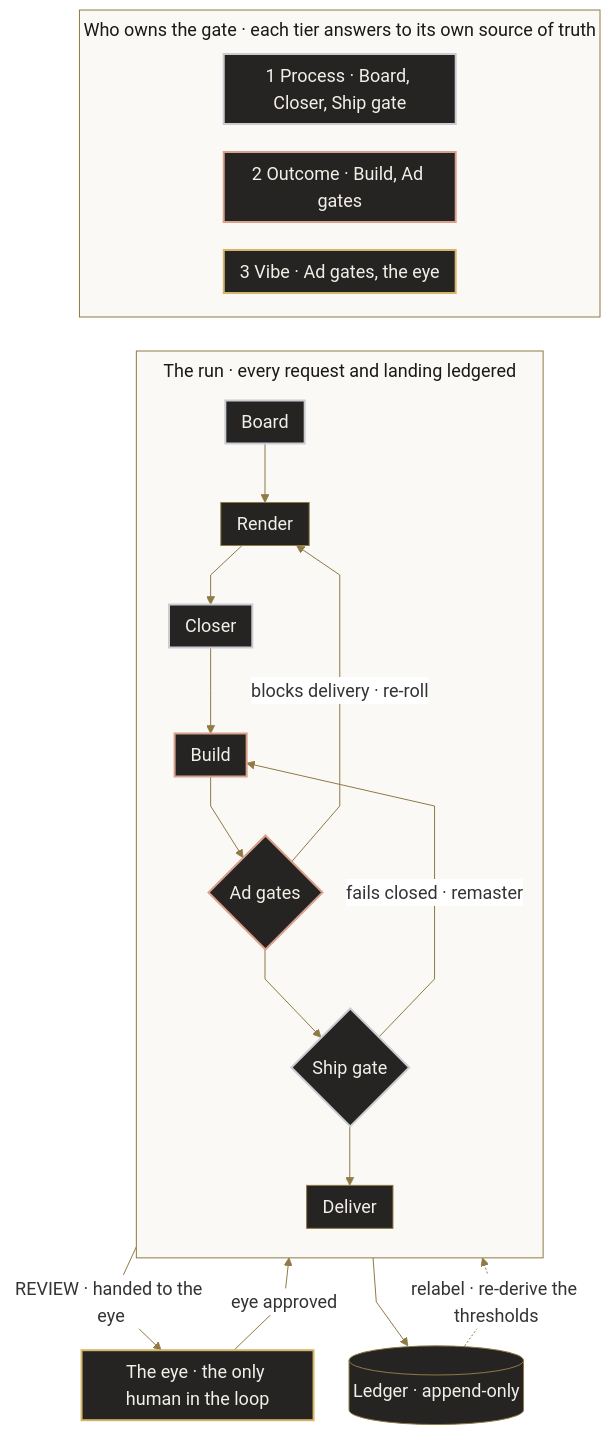
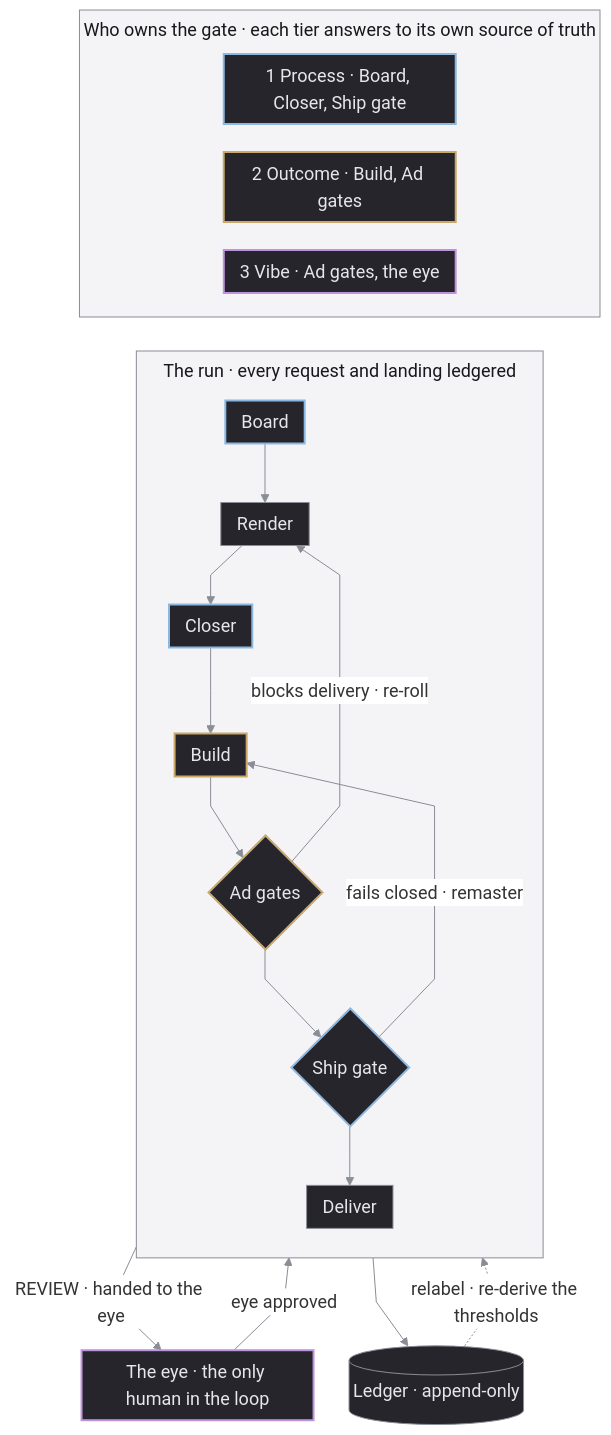
One commit to jameswniu/ad-creative-pipeline-multimodal-evals changed the diagram in README.md. Above: the diagram before and after it, drawn with Mermaid. The commit also changed other lines of this file and 3 other files, not shown here.

Commit message:
Take the figures, badges and graph to the Cosmopolitan proper, black glass and crystal with ice blue, brass and amethyst

````diff
--- a/README.md
+++ b/README.md
@@ -320,39 +320,39 @@
 ```mermaid
-%%{init: {'flowchart': {'curve': 'linear', 'nodeSpacing': 28, 'rankSpacing': 34, 'padding': 8, 'subGraphTitleMargin': {'top': 6, 'bottom': 14}}, 'themeVariables': {'fontSize': '18px', 'lineColor': '#8f7a45', 'edgeLabelBackground': '#ffffff', 'clusterBkg': '#faf9f6', 'clusterBorder': '#8f7a45', 'titleColor': '#1a1918'}}}%%
+%%{init: {'flowchart': {'curve': 'linear', 'nodeSpacing': 28, 'rankSpacing': 34, 'padding': 8, 'subGraphTitleMargin': {'top': 6, 'bottom': 14}}, 'themeVariables': {'fontSize': '18px', 'lineColor': '#8a8d96', 'edgeLabelBackground': '#ffffff', 'clusterBkg': '#f4f4f7', 'clusterBorder': '#8a8d96', 'titleColor': '#18181c'}}}%%
 flowchart TD
     subgraph OWN["Who owns the gate · each tier answers to its own source of truth"]
         direction LR
         P["1 Process · Board, Closer, Ship gate"]
         O["2 Outcome · Build, Ad gates"]
         V["3 Vibe · Ad gates, the eye"]
     end
 
     subgraph RUN["The run · every request and landing ledgered"]
         direction TB
         B["Board"] --> R["Render"] --> C["Closer"] --> BU["Build"] --> AG{"Ad gates"} --> SG{"Ship gate"} --> D["Deliver"]
     end
 
     EYE["The eye · the only human in the loop"]
     L[("Ledger · append-only")]
 
     P ~~~ B
     O ~~~ B
     V ~~~ B
     AG -->|"blocks delivery · re-roll"| R
     AG -->|"REVIEW · handed to the eye"| EYE
     EYE -->|"eye approved"| SG
     SG -->|"fails closed · remaster"| BU
     D --> L
     L -.->|"relabel · re-derive the thresholds"| B
 
-    classDef run fill:#262422,stroke:#8f7a45,color:#f2efe9
-    classDef process fill:#262422,stroke:#c9ccd1,stroke-width:2px,color:#f2efe9
-    classDef outcome fill:#262422,stroke:#d9a08c,stroke-width:2px,color:#f2efe9
-    classDef vibe fill:#262422,stroke:#d4b56a,stroke-width:2px,color:#f2efe9
+    classDef run fill:#26252c,stroke:#8a8d96,color:#e6e6ec
+    classDef process fill:#26252c,stroke:#8ab8e0,stroke-width:2px,color:#e6e6ec
+    classDef outcome fill:#26252c,stroke:#c9a86a,stroke-width:2px,color:#e6e6ec
+    classDef vibe fill:#26252c,stroke:#bd93dc,stroke-width:2px,color:#e6e6ec
     class R,D,L run
     class P,B,C,SG process
     class O,BU,AG outcome
     class V,EYE vibe
-    style OWN fill:#faf9f6,stroke:#8f7a45,color:#1a1918
-    style RUN fill:#faf9f6,stroke:#8f7a45,color:#1a1918
+    style OWN fill:#f4f4f7,stroke:#8a8d96,color:#18181c
+    style RUN fill:#f4f4f7,stroke:#8a8d96,color:#18181c
 ```
````
